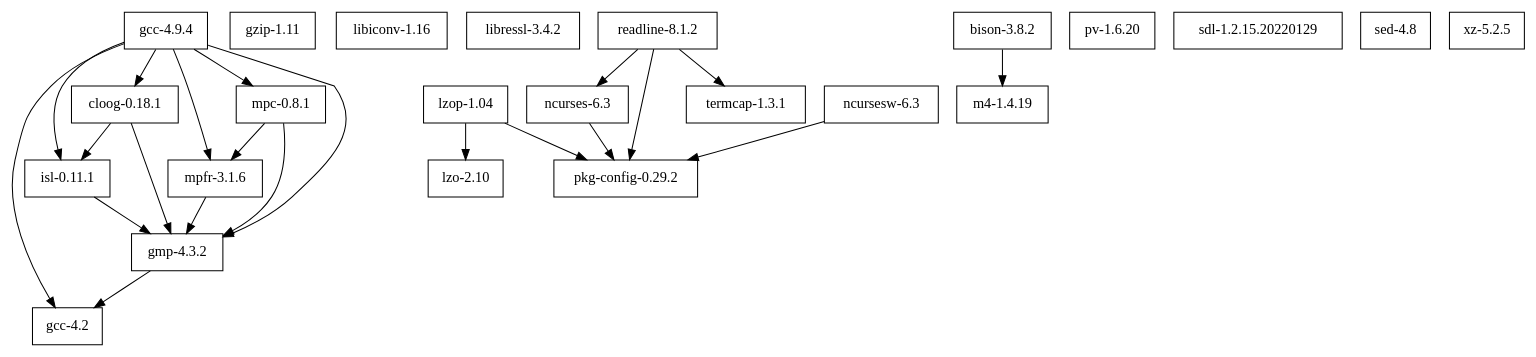
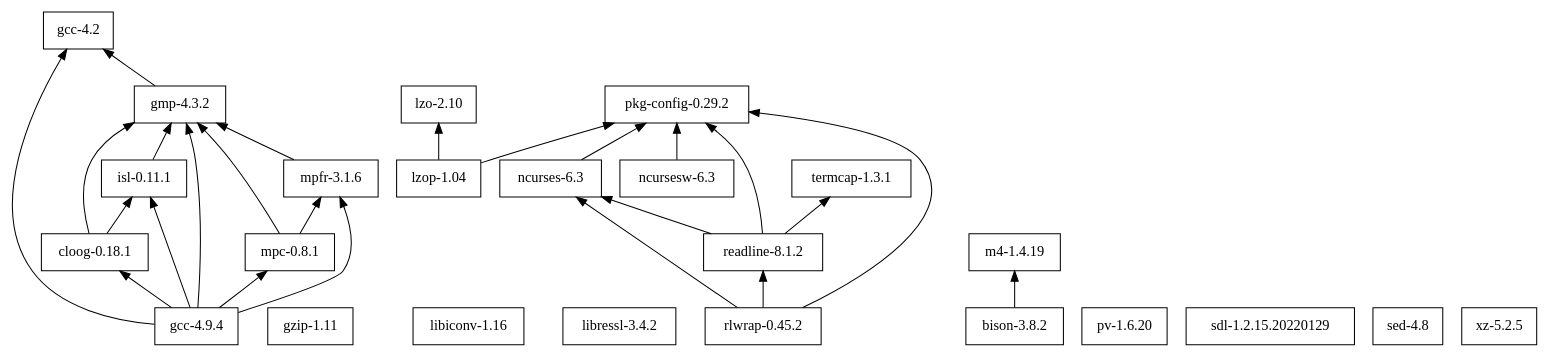
One commit to cellularmitosis/leopard.sh changed the diagram in leopardsh/deps/dependencies.dot. Above: the diagram before and after it, drawn with Graphviz. The commit also changed 19 other files, not shown here.

```diff
--- a/leopardsh/deps/dependencies.dot
+++ b/leopardsh/deps/dependencies.dot
@@ -1,46 +1,47 @@
 digraph mygraph {
 node [shape=box];
+rankdir = BT;
 
 "gcc-4.2"
 "gzip-1.11"
 "libiconv-1.16"
 "libressl-3.4.2"
 "lzo-2.10"
 "ncurses-6.3"
 "ncursesw-6.3"
 "m4-1.4.19"
 "pkg-config-0.29.2"
 "pv-1.6.20"
 "readline-8.1.2"
+"rlwrap-0.45.2"
 "sdl-1.2.15.20220129"
 "sed-4.8"
 "termcap-1.3.1"
 "xz-5.2.5"
 
 "bison-3.8.2" -> "m4-1.4.19"
-"gmp-4.3.2" -> "gcc-4.2"
-"lzop-1.04" -> "lzo-2.10"
-"lzop-1.04" -> "pkg-config-0.29.2"
-"ncurses-6.3" -> "pkg-config-0.29.2"
-"ncursesw-6.3" -> "pkg-config-0.29.2"
-"readline-8.1.2" -> "ncurses-6.3"
-"readline-8.1.2" -> "pkg-config-0.29.2"
-"readline-8.1.2" -> "termcap-1.3.1"
-
-"isl-0.11.1" -> "gmp-4.3.2"
-"mpfr-3.1.6" -> "gmp-4.3.2"
-
-"mpc-0.8.1" -> "gmp-4.3.2"
-"mpc-0.8.1" -> "mpfr-3.1.6"
-
 "cloog-0.18.1" -> "gmp-4.3.2"
 "cloog-0.18.1" -> "isl-0.11.1"
-
 "gcc-4.9.4" -> "cloog-0.18.1"
 "gcc-4.9.4" -> "gcc-4.2"
 "gcc-4.9.4" -> "gmp-4.3.2"
 "gcc-4.9.4" -> "isl-0.11.1"
 "gcc-4.9.4" -> "mpc-0.8.1"
 "gcc-4.9.4" -> "mpfr-3.1.6"
+"gmp-4.3.2" -> "gcc-4.2"
+"isl-0.11.1" -> "gmp-4.3.2"
+"lzop-1.04" -> "lzo-2.10"
+"lzop-1.04" -> "pkg-config-0.29.2"
+"mpc-0.8.1" -> "gmp-4.3.2"
+"mpc-0.8.1" -> "mpfr-3.1.6"
+"mpfr-3.1.6" -> "gmp-4.3.2"
+"ncurses-6.3" -> "pkg-config-0.29.2"
+"ncursesw-6.3" -> "pkg-config-0.29.2"
+"readline-8.1.2" -> "ncurses-6.3"
+"readline-8.1.2" -> "pkg-config-0.29.2"
+"readline-8.1.2" -> "termcap-1.3.1"
+"rlwrap-0.45.2" -> "ncurses-6.3"
+"rlwrap-0.45.2" -> "pkg-config-0.29.2"
+"rlwrap-0.45.2" -> "readline-8.1.2"
 
 }
```
